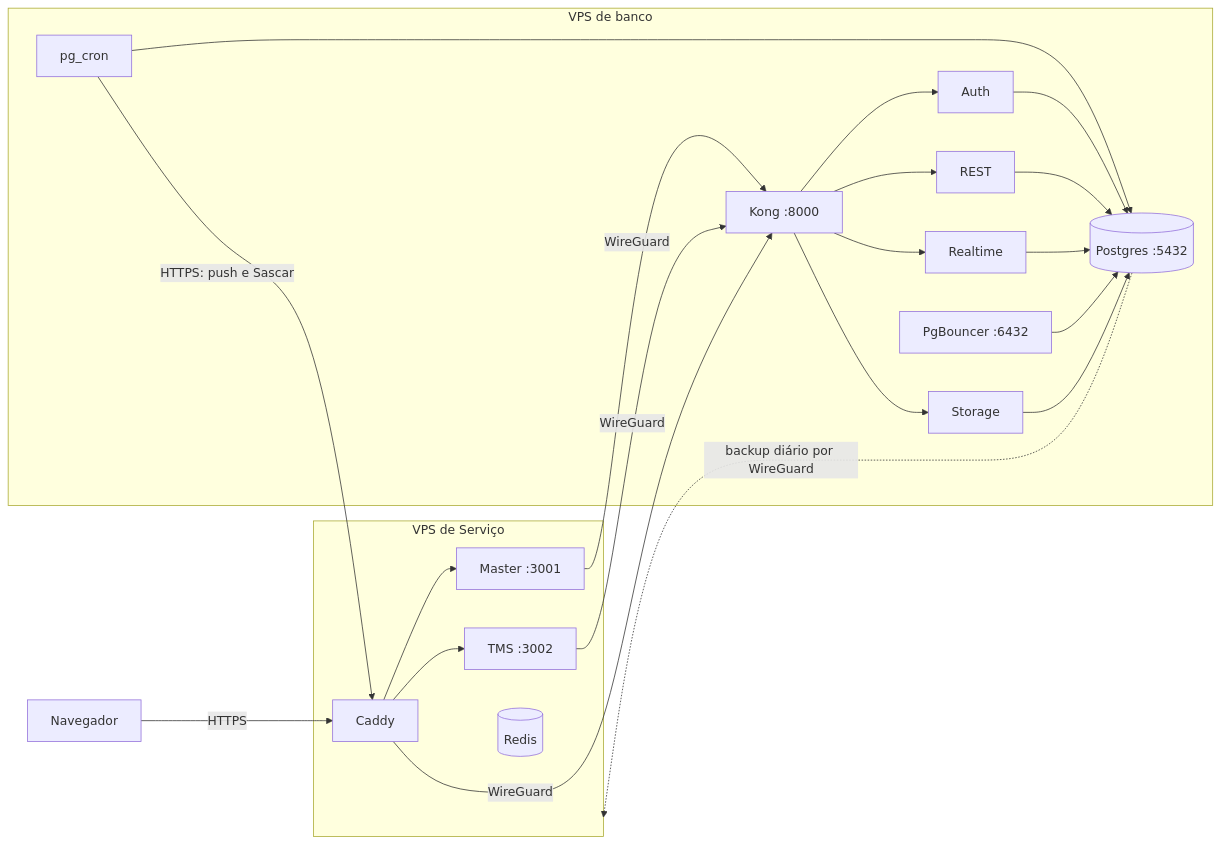
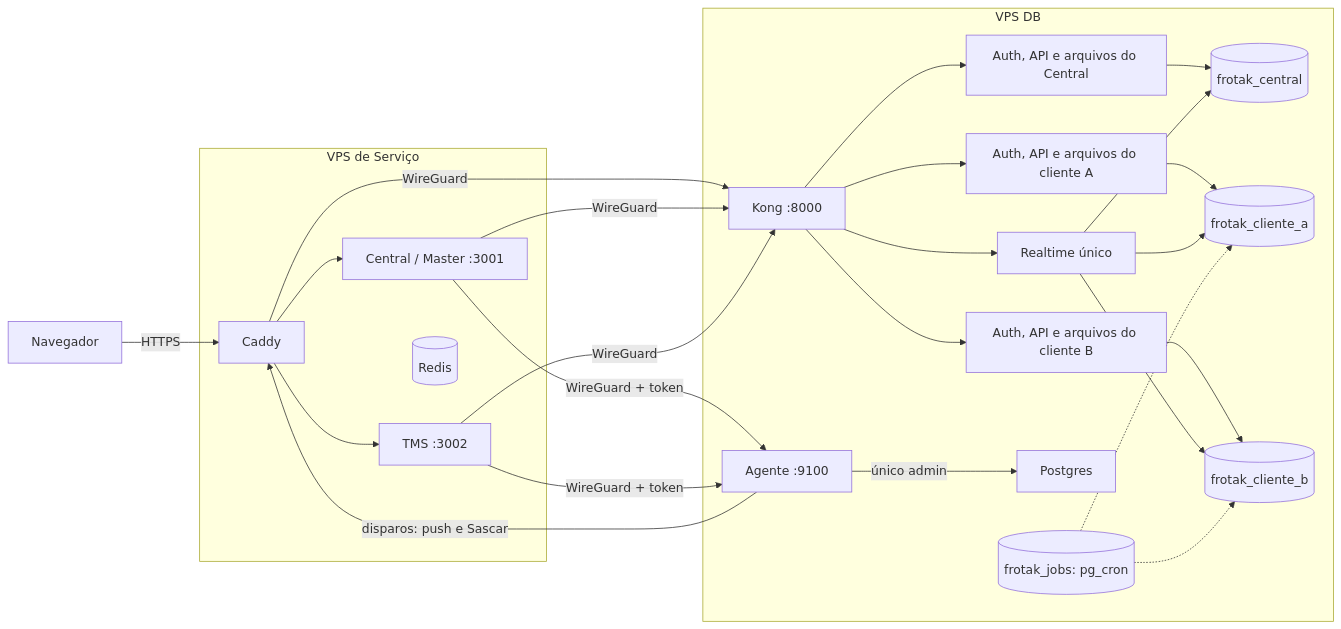
Before and after one commit to lucasdiaas79/frotak-master: the diagram in deploy/README.md, drawn with Mermaid. The commit also changed other lines of this file and 3 other files, not shown here.

First line of the commit message:
Agente: restaura um cliente sem encostar nos outros, com o Realtime ativo

````diff
--- a/deploy/README.md
+++ b/deploy/README.md
@@ -7,19 +7,25 @@
 ```mermaid
 flowchart LR
   U[Navegador] -->|HTTPS| C[Caddy]
   subgraph S[VPS de Serviço]
-    C --> M[Master :3001]
+    C --> M[Central / Master :3001]
     C --> T[TMS :3002]
     R[(Redis)]
   end
-  subgraph D[VPS de banco]
-    K[Kong :8000] --> A[Auth] & E[REST] & L[Realtime] & O[Storage]
-    A & E & L & O --> P[(Postgres :5432)]
-    B[PgBouncer :6432] --> P
-    J[pg_cron] --> P
+  subgraph D[VPS DB]
+    K[Kong :8000] --> SC[Auth, API e arquivos do Central]
+    K --> SA[Auth, API e arquivos do cliente A]
+    K --> SB[Auth, API e arquivos do cliente B]
+    K --> RT[Realtime único]
+    SC --> PC[(frotak_central)]
+    SA --> PA[(frotak_cliente_a)]
+    SB --> PB[(frotak_cliente_b)]
+    RT --> PC & PA & PB
+    AG[Agente :9100] -->|único admin| PG[Postgres]
+    J[(frotak_jobs: pg_cron)] -.-> PA & PB
   end
   C -->|WireGuard| K
   M & T -->|WireGuard| K
-  J -->|HTTPS: push e Sascar| C
-  P -.->|backup diário por WireGuard| S
+  M & T -->|WireGuard + token| AG
+  AG -->|disparos: push e Sascar| C
 ```
````
